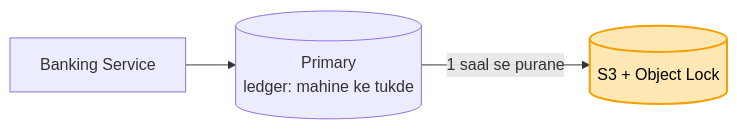
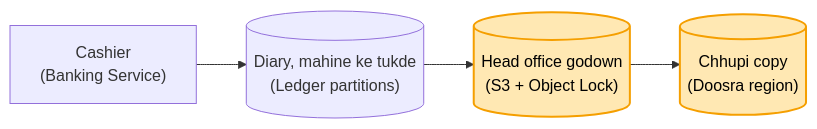
Before and after one commit to ArpanMaheshwari144/Prep: the fourth of 4 diagrams in 04_HLD/SYSTEM_DESIGNS/13_banking_system/13_banking_system.md, drawn with Mermaid. The commit also changed other lines of this file and 13 other files, not shown here.

````diff
--- a/04_HLD/SYSTEM_DESIGNS/13_banking_system/13_banking_system.md
+++ b/04_HLD/SYSTEM_DESIGNS/13_banking_system/13_banking_system.md
@@ -411,6 +181,8 @@
 ```mermaid
 flowchart LR
-    S["Banking Service"] --> P[("Primary<br/>ledger: mahine ke tukde")]
-    P -- "1 saal se purane" --> S3[("S3 + Object Lock")]
-    style S3 fill:#ffe8b3,stroke:#f59f00,stroke-width:2px,color:#000
+    C["Cashier<br/>(Banking Service)"] --> R[("Diary, mahine ke tukde<br/>(Ledger partitions)")]
+    R --> H[("Head office godown<br/>(S3 + Object Lock)")]
+    H --> X[("Chhupi copy<br/>(Doosra region)")]
+    style H fill:#ffe8b3,stroke:#f59f00,stroke-width:2px,color:#000
+    style X fill:#ffe8b3,stroke:#f59f00,stroke-width:2px,color:#000
 ```
````
